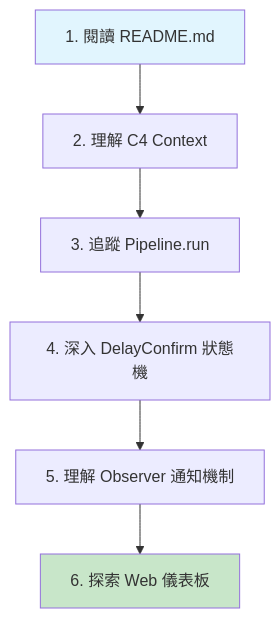
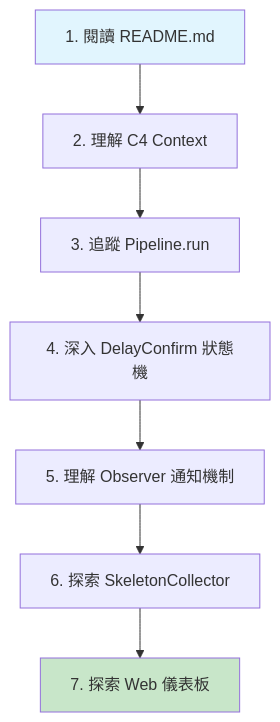
The ninth of 9 diagrams in docs/ARCHITECTURE.md (kionce57/FDS), drawn with Mermaid before and after one commit. The commit also changed other lines of this file and 2 other files, not shown here.

First line of the commit message:
docs: update documentation for skeleton observer extension

````diff
--- a/docs/ARCHITECTURE.md
+++ b/docs/ARCHITECTURE.md
@@ -363,11 +436,12 @@
 ```mermaid
 graph TD
     A[1. 閱讀 README.md] --> B[2. 理解 C4 Context]
     B --> C[3. 追蹤 Pipeline.run]
     C --> D[4. 深入 DelayConfirm 狀態機]
     D --> E[5. 理解 Observer 通知機制]
-    E --> F[6. 探索 Web 儀表板]
-    
+    E --> F[6. 探索 SkeletonCollector]
+    F --> G[7. 探索 Web 儀表板]
+
     style A fill:#e1f5fe
-    style F fill:#c8e6c9
+    style G fill:#c8e6c9
 ```
````
